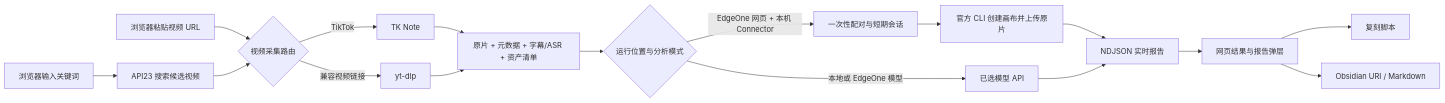
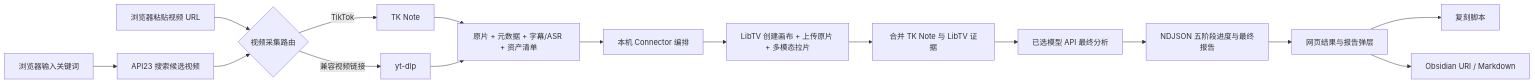
One commit to chongchonghaoman/ViralX changed the diagram in README.md. Above: the diagram before and after it, drawn with Mermaid. The commit also changed other lines of this file and 28 other files, not shown here.

````diff
--- a/README.md
+++ b/README.md
@@ -159,19 +161,18 @@
 ```mermaid
 flowchart LR
     A[浏览器输入关键词] --> B[API23 搜索候选视频]
     U[浏览器粘贴视频 URL] --> C{视频采集路由}
     B --> C
     C -->|TikTok| D[TK Note]
     C -->|兼容视频链接| E[yt-dlp]
     D --> F[原片 + 元数据 + 字幕/ASR + 资产清单]
     E --> F
-    F --> G{运行位置与分析模式}
-    G -->|EdgeOne 网页 + 本机 Connector| Q[一次性配对与短期会话]
-    Q --> L[官方 CLI 创建画布并上传原片]
-    G -->|本地或 EdgeOne 模型| M[已选模型 API]
-    L --> H[NDJSON 返回画布入口]
-    M --> H[NDJSON 实时报告]
+    F --> Q[本机 Connector 编排]
+    Q --> L[LibTV 创建画布 + 上传原片 + 多模态拉片]
+    L --> G[合并 TK Note 与 LibTV 证据]
+    G --> M[已选模型 API 最终分析]
+    M --> H[NDJSON 五阶段进度与最终报告]
     H --> I[网页结果与报告弹层]
     I --> J[复刻脚本]
     I --> K[Obsidian URI / Markdown]
 ```
````
